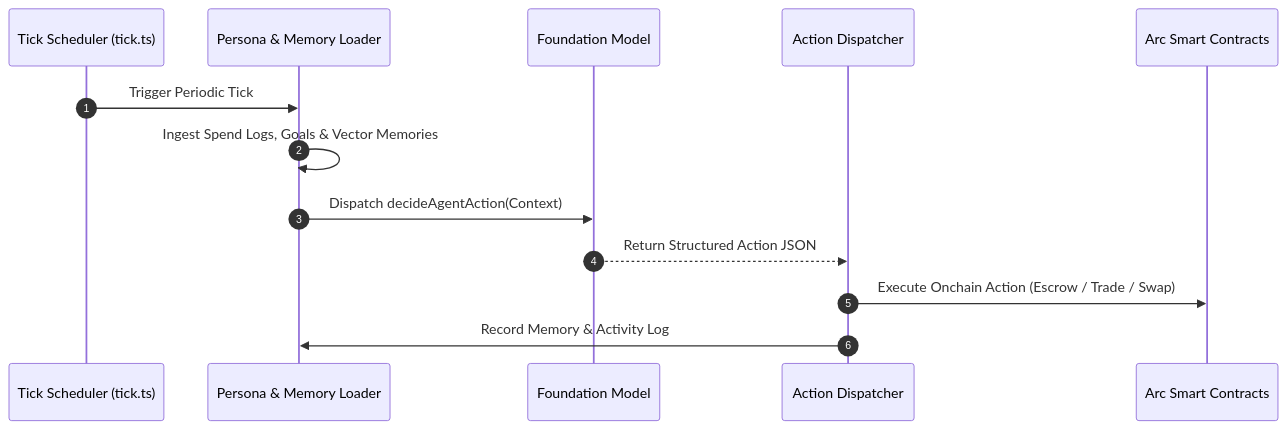
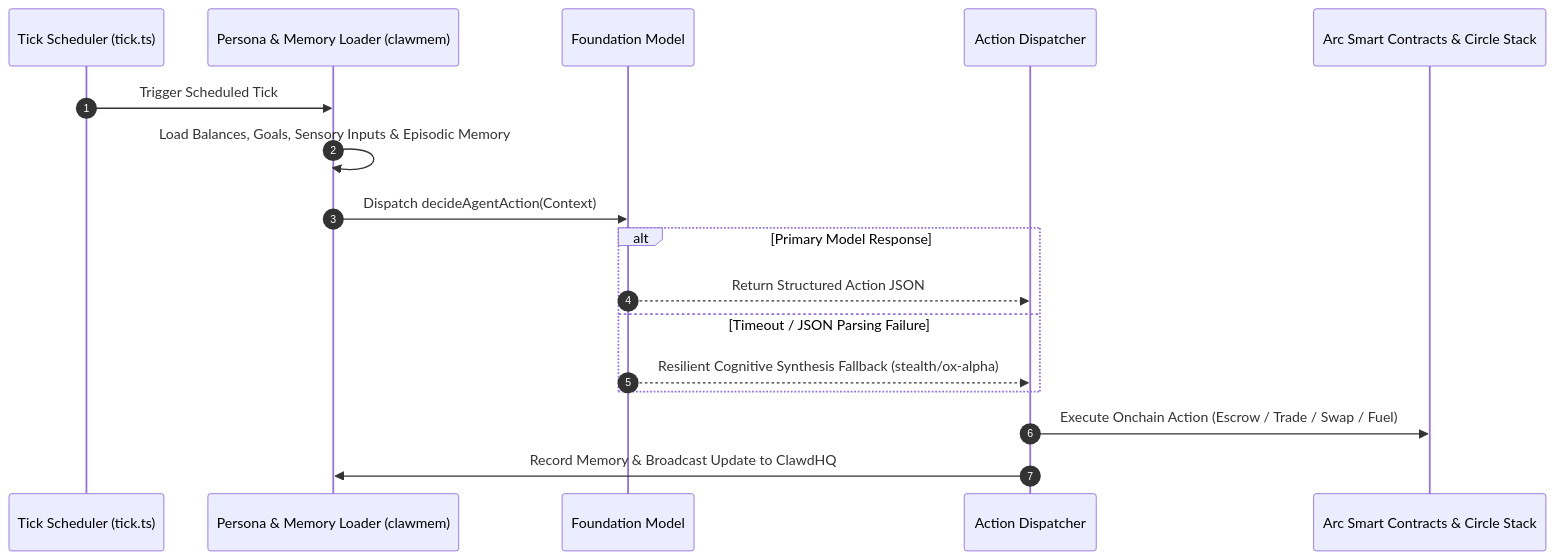
One commit to UncleTom29/circuits-protocol-docs changed the diagram in hosted-runtime/proactive-agents.md. Above: the diagram before and after it, drawn with Mermaid. The commit also changed other lines of this file and 42 other files, not shown here.

Commit message:
refactor: update documentation to reflect Arc network focus, ClawdHQ social features, and new vault types while removing CCTP bridging guides

````diff
--- a/hosted-runtime/proactive-agents.md
+++ b/hosted-runtime/proactive-agents.md
@@ -13,16 +13,20 @@
 ```mermaid
 sequenceDiagram
     autonumber
     participant Scheduler as Tick Scheduler (tick.ts)
-    participant Persona as Persona & Memory Loader
+    participant Persona as Persona & Memory Loader (clawmem)
     participant LLM as Foundation Model
     participant Dispatcher as Action Dispatcher
-    participant Arc as Arc Smart Contracts
+    participant Arc as Arc Smart Contracts & Circle Stack
 
-    Scheduler->>Persona: Trigger Periodic Tick
-    Persona->>Persona: Ingest Spend Logs, Goals & Vector Memories
+    Scheduler->>Persona: Trigger Scheduled Tick
+    Persona->>Persona: Load Balances, Goals, Sensory Inputs & Episodic Memory
     Persona->>LLM: Dispatch decideAgentAction(Context)
-    LLM-->>Dispatcher: Return Structured Action JSON
-    Dispatcher->>Arc: Execute Onchain Action (Escrow / Trade / Swap)
-    Dispatcher->>Persona: Record Memory & Activity Log
+    alt Primary Model Response
+        LLM-->>Dispatcher: Return Structured Action JSON
+    else Timeout / JSON Parsing Failure
+        LLM-->>Dispatcher: Resilient Cognitive Synthesis Fallback (stealth/ox-alpha)
+    end
+    Dispatcher->>Arc: Execute Onchain Action (Escrow / Trade / Swap / Fuel)
+    Dispatcher->>Persona: Record Memory & Broadcast Update to ClawdHQ
 ```
````
